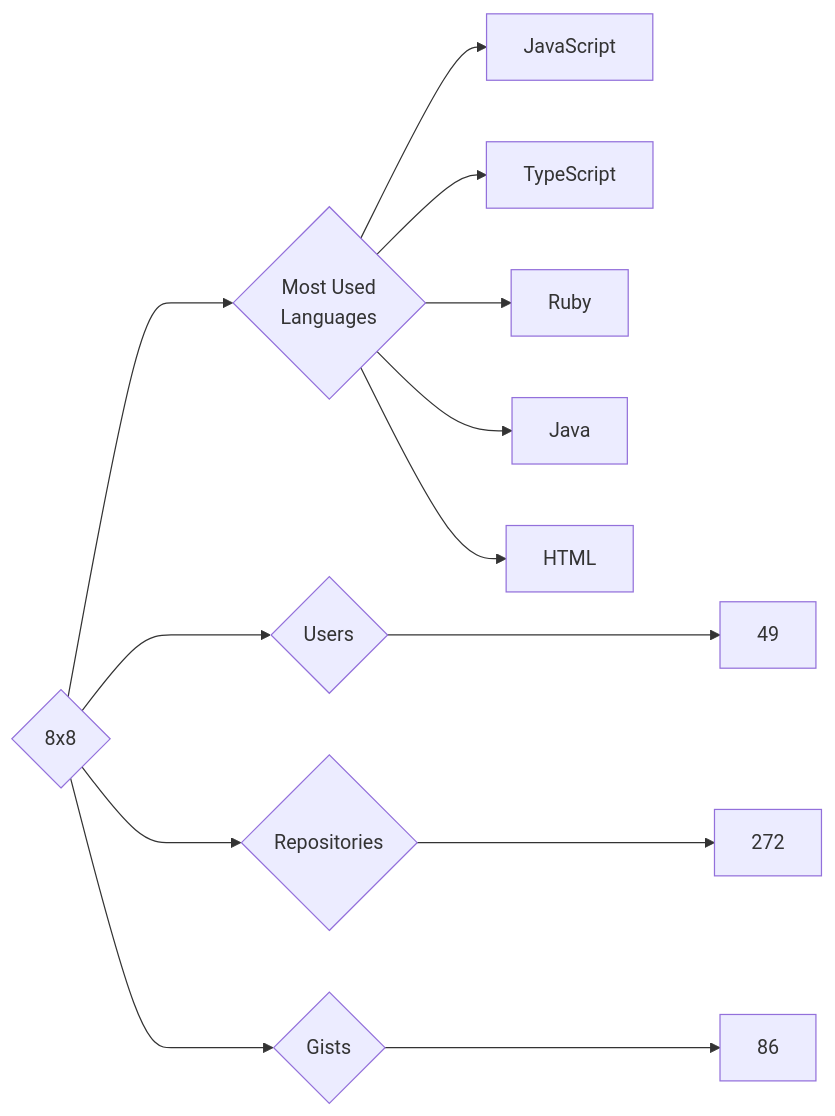
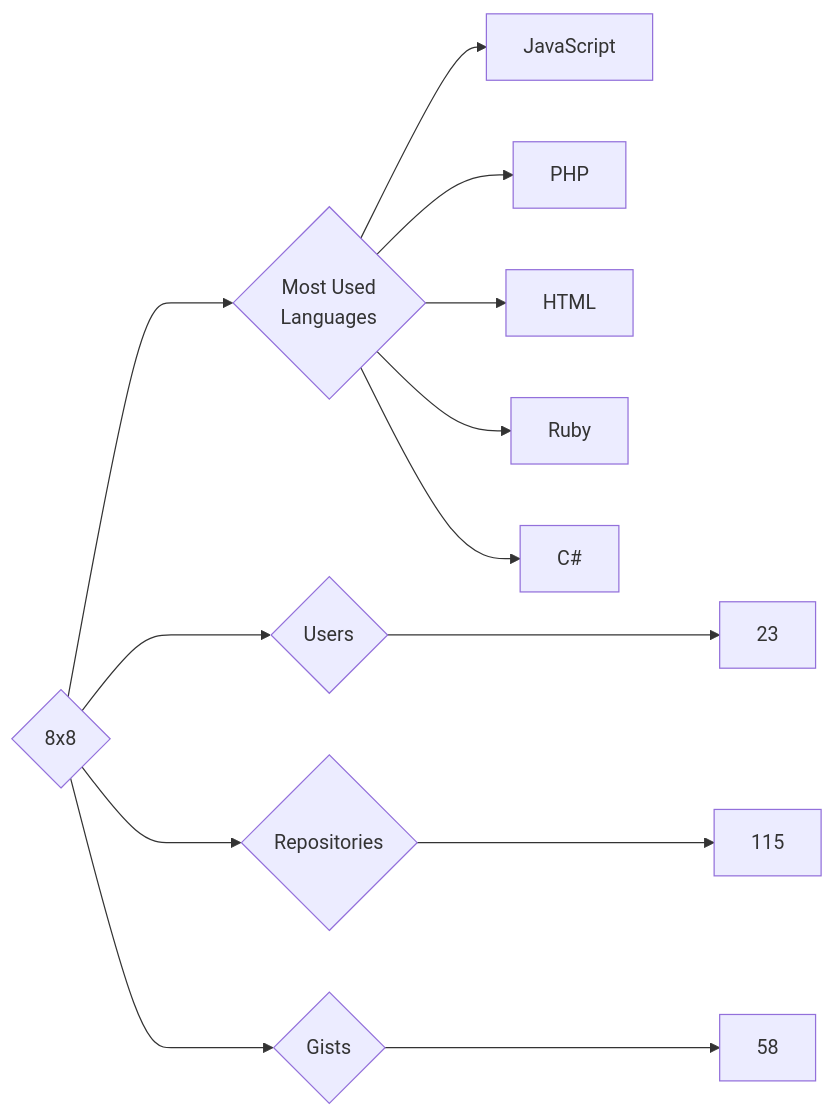
One commit to trickest/insiders changed the diagram in targets/8x8/README.md. Above: the diagram before and after it, drawn with Mermaid. The commit also changed 723 other files, not shown here.

````diff
--- a/targets/8x8/README.md
+++ b/targets/8x8/README.md
@@ -3,13 +3,13 @@
 ```mermaid
 graph LR
 COMPANY_NAME{8x8}
-COMPANY_NAME ---> U{Users} ---> UN[49]
-COMPANY_NAME ---> R{Repositories} ---> RN[272]
-COMPANY_NAME ---> G{Gists} ---> GN[86]
+COMPANY_NAME ---> U{Users} ---> UN[23]
+COMPANY_NAME ---> R{Repositories} ---> RN[115]
+COMPANY_NAME ---> G{Gists} ---> GN[58]
 COMPANY_NAME ---> ML{Most Used<br>Languages}
 ML --> JavaScript[JavaScript]
-ML --> TypeScript[TypeScript]
+ML --> PHP[PHP]
+ML --> HTML[HTML]
 ML --> Ruby[Ruby]
-ML --> Java[Java]
-ML --> HTML[HTML]
+ML --> C#[C#]
 ```
````
